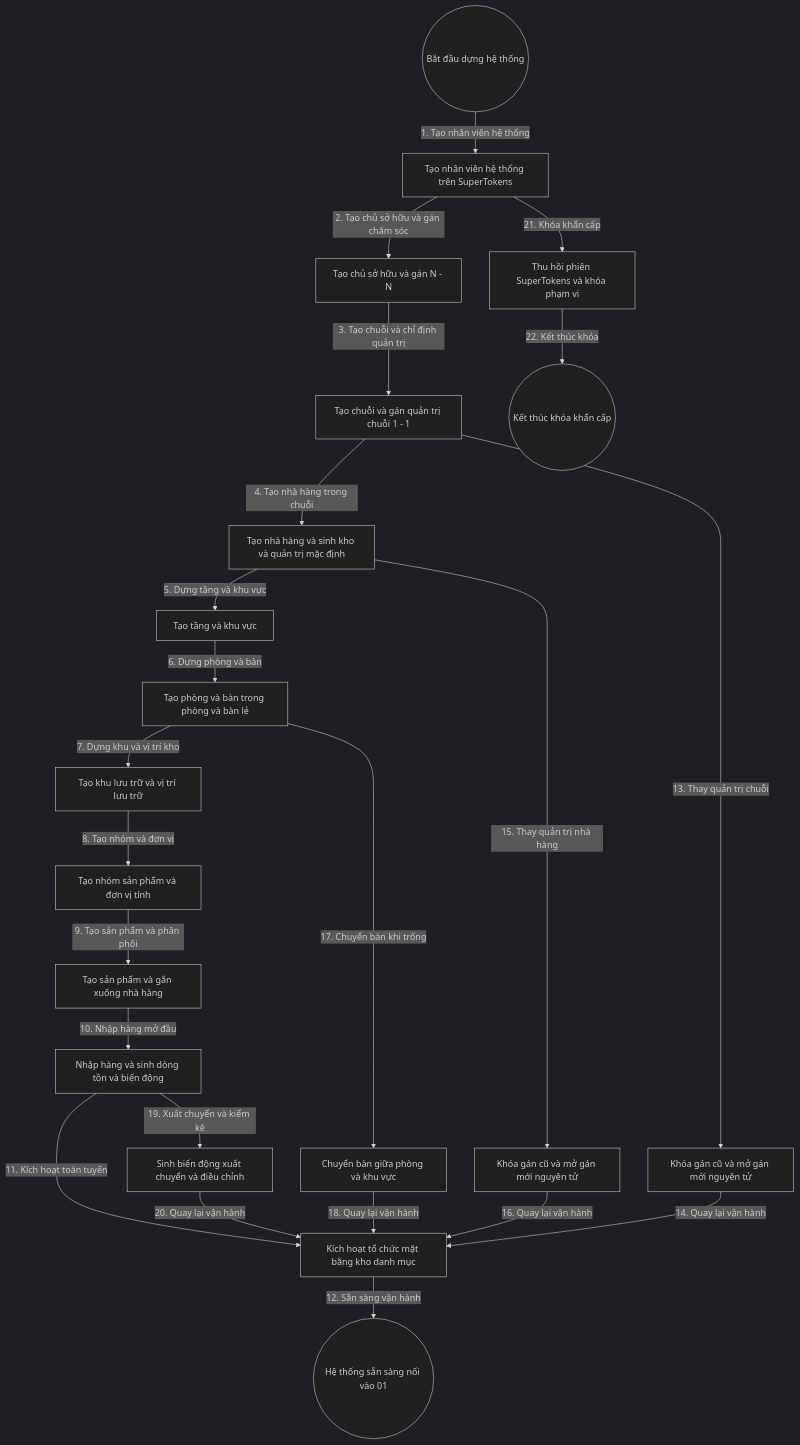
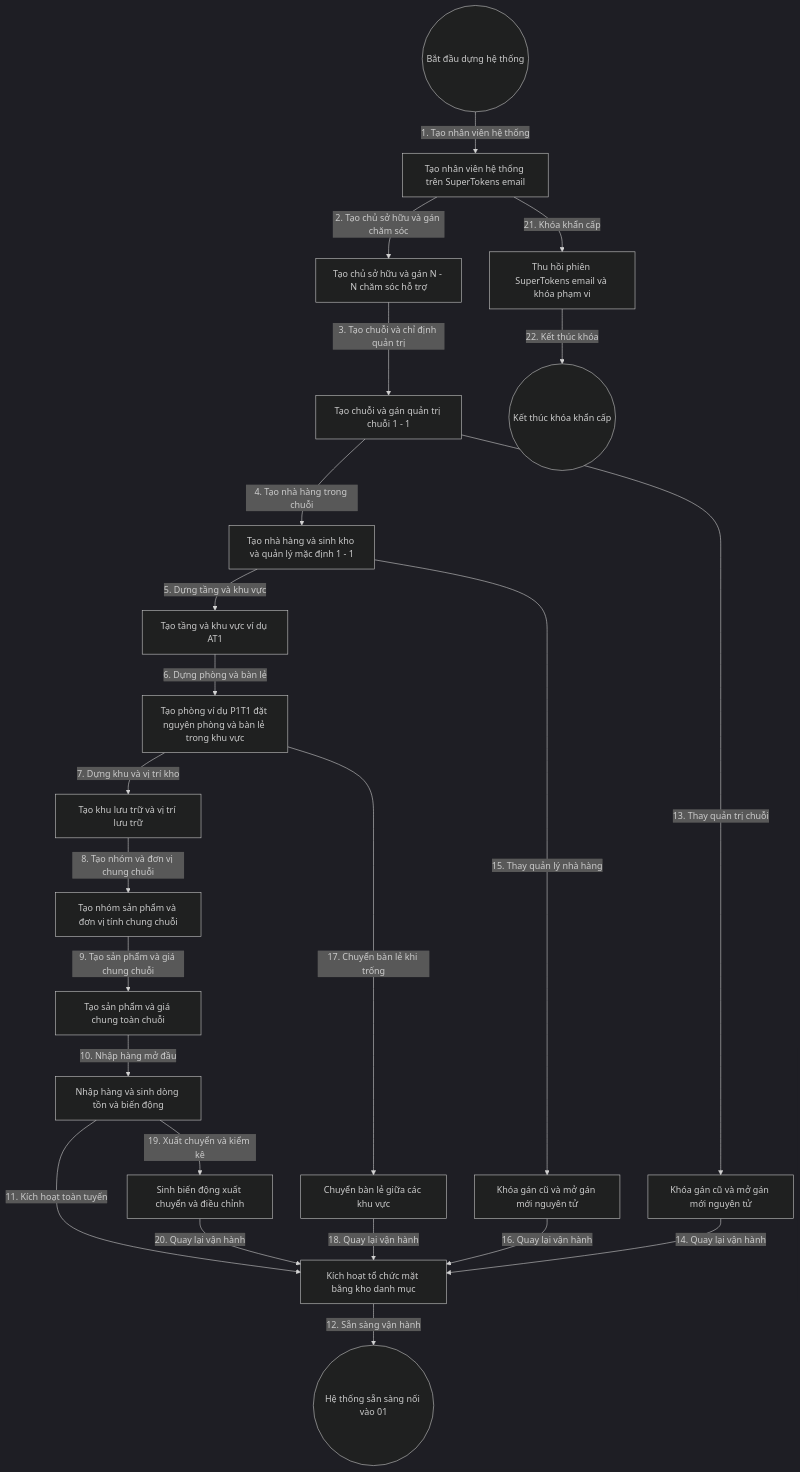
One commit to BrrrBrrpatabim26/dmechoson changed the diagram in flowchart/02.Quan_ly_he_thong_da_cap/7.Tong_hop_flowchart.md. Above: the diagram before and after it, drawn with Mermaid (dark theme). The commit also changed other lines of this file and 7 other files, not shown here.

````diff
--- a/flowchart/02.Quan_ly_he_thong_da_cap/7.Tong_hop_flowchart.md
+++ b/flowchart/02.Quan_ly_he_thong_da_cap/7.Tong_hop_flowchart.md
@@ -19,25 +19,25 @@
 ```mermaid
 graph TD
-  BatDau((Bắt đầu dựng hệ thống))-->|1. Tạo nhân viên hệ thống| TaoNV[Tạo nhân viên hệ thống trên SuperTokens]
-  TaoNV-->|2. Tạo chủ sở hữu và gán chăm sóc| TaoChu[Tạo chủ sở hữu và gán N - N]
+  BatDau((Bắt đầu dựng hệ thống))-->|1. Tạo nhân viên hệ thống| TaoNV[Tạo nhân viên hệ thống trên SuperTokens email]
+  TaoNV-->|2. Tạo chủ sở hữu và gán chăm sóc| TaoChu[Tạo chủ sở hữu và gán N - N chăm sóc hỗ trợ]
   TaoChu-->|3. Tạo chuỗi và chỉ định quản trị| TaoChuoi[Tạo chuỗi và gán quản trị chuỗi 1 - 1]
-  TaoChuoi-->|4. Tạo nhà hàng trong chuỗi| TaoNhaHang[Tạo nhà hàng và sinh kho và quản trị mặc định]
-  TaoNhaHang-->|5. Dựng tầng và khu vực| DungMB1[Tạo tầng và khu vực]
-  DungMB1-->|6. Dựng phòng và bàn| DungMB2[Tạo phòng và bàn trong phòng và bàn lẻ]
+  TaoChuoi-->|4. Tạo nhà hàng trong chuỗi| TaoNhaHang[Tạo nhà hàng và sinh kho và quản lý mặc định 1 - 1]
+  TaoNhaHang-->|5. Dựng tầng và khu vực| DungMB1[Tạo tầng và khu vực ví dụ AT1]
+  DungMB1-->|6. Dựng phòng và bàn lẻ| DungMB2[Tạo phòng ví dụ P1T1 đặt nguyên phòng và bàn lẻ trong khu vực]
   DungMB2-->|7. Dựng khu và vị trí kho| DungKho[Tạo khu lưu trữ và vị trí lưu trữ]
-  DungKho-->|8. Tạo nhóm và đơn vị| TaoDM[Tạo nhóm sản phẩm và đơn vị tính]
-  TaoDM-->|9. Tạo sản phẩm và phân phối| TaoSP[Tạo sản phẩm và gắn xuống nhà hàng]
+  DungKho-->|8. Tạo nhóm và đơn vị chung chuỗi| TaoDM[Tạo nhóm sản phẩm và đơn vị tính chung chuỗi]
+  TaoDM-->|9. Tạo sản phẩm và giá chung chuỗi| TaoSP[Tạo sản phẩm và giá chung toàn chuỗi]
   TaoSP-->|10. Nhập hàng mở đầu| NhapMD[Nhập hàng và sinh dòng tồn và biến động]
   NhapMD-->|11. Kích hoạt toàn tuyến| KichHoat[Kích hoạt tổ chức mặt bằng kho danh mục]
   KichHoat-->|12. Sẵn sàng vận hành| KetThuc((Hệ thống sẵn sàng nối vào 01))
   TaoChuoi-->|13. Thay quản trị chuỗi| ThayQT1[Khóa gán cũ và mở gán mới nguyên tử]
   ThayQT1-->|14. Quay lại vận hành| KichHoat
-  TaoNhaHang-->|15. Thay quản trị nhà hàng| ThayQT2[Khóa gán cũ và mở gán mới nguyên tử]
+  TaoNhaHang-->|15. Thay quản lý nhà hàng| ThayQT2[Khóa gán cũ và mở gán mới nguyên tử]
   ThayQT2-->|16. Quay lại vận hành| KichHoat
-  DungMB2-->|17. Chuyển bàn khi trống| ChuyenBan[Chuyển bàn giữa phòng và khu vực]
+  DungMB2-->|17. Chuyển bàn lẻ khi trống| ChuyenBan[Chuyển bàn lẻ giữa các khu vực]
   ChuyenBan-->|18. Quay lại vận hành| KichHoat
-  NhapMD-->|19. Xuất chuyển và kiểm kê| BienDong[ Sinh biến động xuất chuyển và điều chỉnh]
+  NhapMD-->|19. Xuất chuyển và kiểm kê| BienDong[Sinh biến động xuất chuyển và điều chỉnh]
   BienDong-->|20. Quay lại vận hành| KichHoat
-  TaoNV-->|21. Khóa khẩn cấp| KhoaKhan[Thu hồi phiên SuperTokens và khóa phạm vi]
+  TaoNV-->|21. Khóa khẩn cấp| KhoaKhan[Thu hồi phiên SuperTokens email và khóa phạm vi]
   KhoaKhan-->|22. Kết thúc khóa| KetThucKhoa((Kết thúc khóa khẩn cấp))
 ```
````
